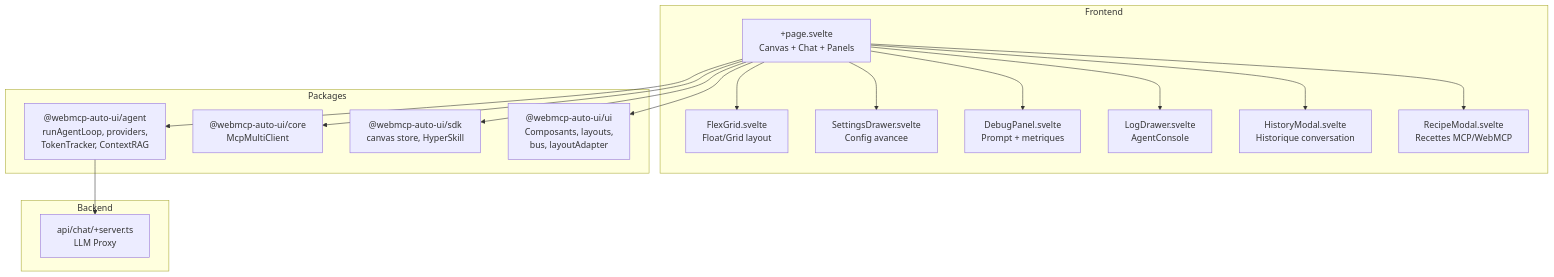
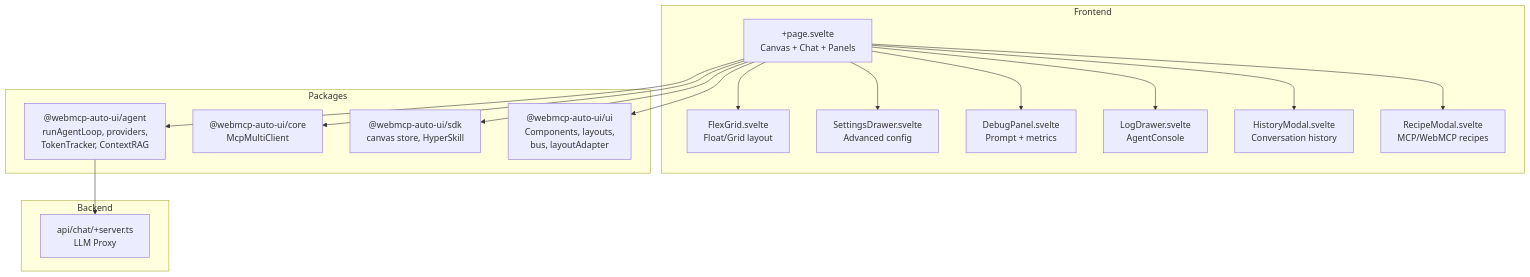
The diagram in docs/starlight/src/content/docs/apps/flex.md (jeanbaptiste/webmcp-auto-ui), drawn with Mermaid before and after one commit. The commit also changed other lines of this file and 94 other files, not shown here.

````diff
--- a/docs/starlight/src/content/docs/apps/flex.md
+++ b/docs/starlight/src/content/docs/apps/flex.md
@@ -24,35 +24,35 @@
 ```mermaid
 graph TD
     subgraph Frontend
         Page["+page.svelte<br/>Canvas + Chat + Panels"]
         FlexGrid["FlexGrid.svelte<br/>Float/Grid layout"]
-        Settings["SettingsDrawer.svelte<br/>Config avancee"]
-        Debug["DebugPanel.svelte<br/>Prompt + metriques"]
+        Settings["SettingsDrawer.svelte<br/>Advanced config"]
+        Debug["DebugPanel.svelte<br/>Prompt + metrics"]
         Logs["LogDrawer.svelte<br/>AgentConsole"]
-        History["HistoryModal.svelte<br/>Historique conversation"]
-        Recipe["RecipeModal.svelte<br/>Recettes MCP/WebMCP"]
+        History["HistoryModal.svelte<br/>Conversation history"]
+        Recipe["RecipeModal.svelte<br/>MCP/WebMCP recipes"]
     end
 
     subgraph Packages
         Agent["@webmcp-auto-ui/agent<br/>runAgentLoop, providers,<br/>TokenTracker, ContextRAG"]
         Core["@webmcp-auto-ui/core<br/>McpMultiClient"]
         SDK["@webmcp-auto-ui/sdk<br/>canvas store, HyperSkill"]
-        UI["@webmcp-auto-ui/ui<br/>Composants, layouts,<br/>bus, layoutAdapter"]
+        UI["@webmcp-auto-ui/ui<br/>Components, layouts,<br/>bus, layoutAdapter"]
     end
 
     subgraph Backend
         Proxy["api/chat/+server.ts<br/>LLM Proxy"]
     end
 
     Page --> FlexGrid
     Page --> Settings
     Page --> Debug
     Page --> Logs
     Page --> History
     Page --> Recipe
     Page --> Agent
     Page --> Core
     Page --> SDK
     Page --> UI
     Agent --> Proxy
 ```
````
